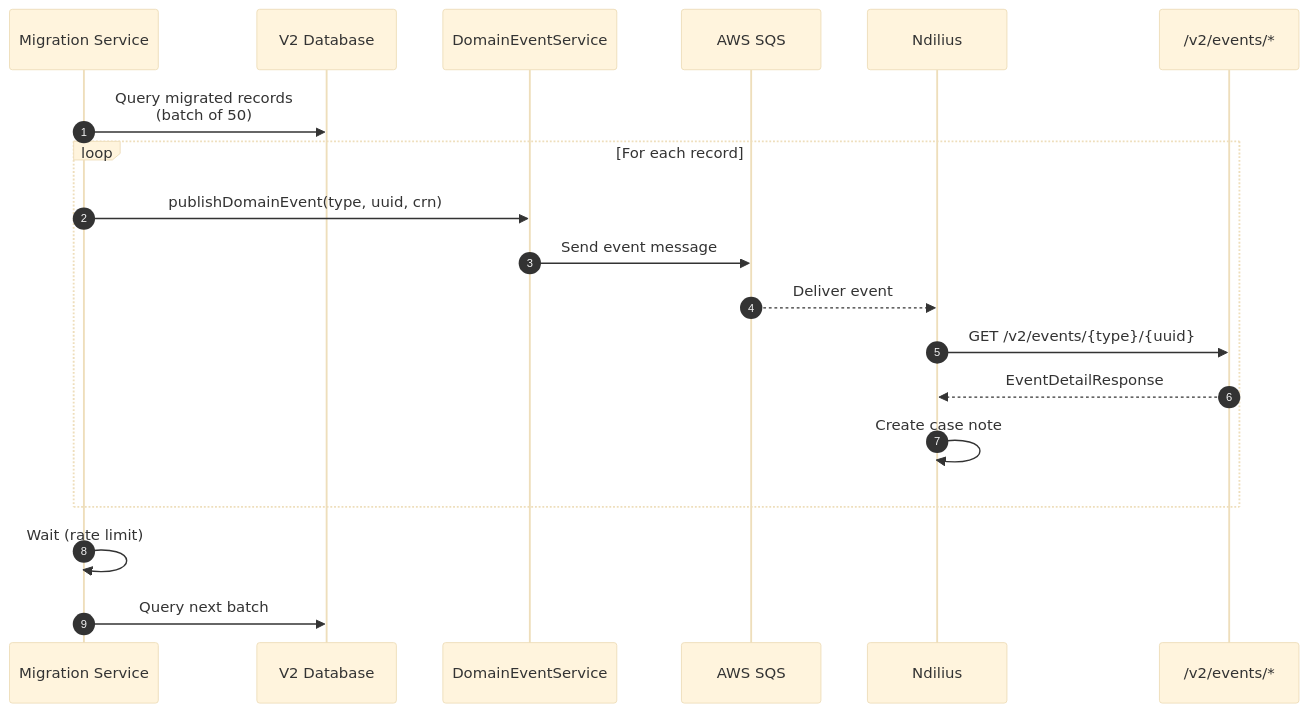
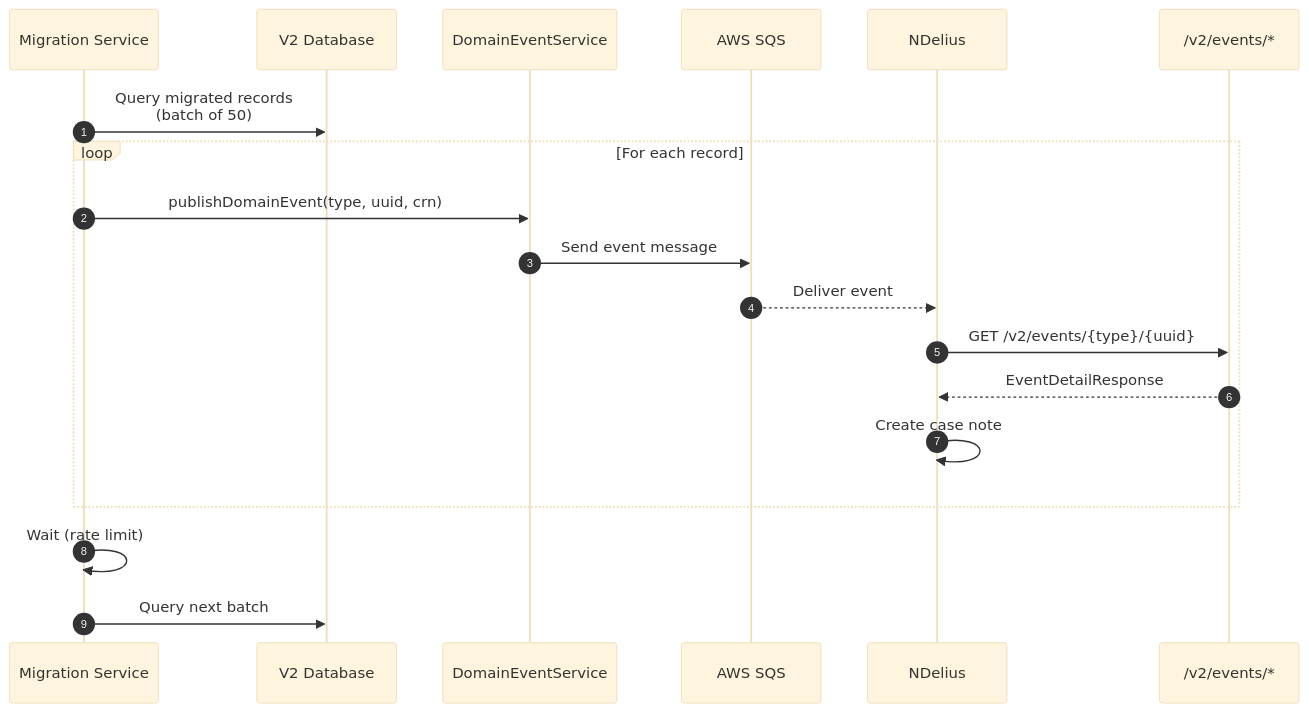
Before and after one commit to ministryofjustice/hmpps-esupervision-api: the second of 2 diagrams in docs/V1_TO_V2_MIGRATION.md, drawn with Mermaid (base theme). The commit also changed other lines of this file and 8 other files, not shown here.

Commit message:
Update ndilius to NDelius in docs

````diff
--- a/docs/V1_TO_V2_MIGRATION.md
+++ b/docs/V1_TO_V2_MIGRATION.md
@@ -248,24 +248,24 @@
 ```mermaid
 sequenceDiagram
     autonumber
     participant MigSvc as Migration Service
     participant DB as V2 Database
     participant DomainSvc as DomainEventService
     participant SQS as AWS SQS
-    participant Ndilius as Ndilius
+    participant NDelius as NDelius
     participant EventAPI as /v2/events/*
 
     MigSvc->>DB: Query migrated records<br/>(batch of 50)
 
     loop For each record
         MigSvc->>DomainSvc: publishDomainEvent(type, uuid, crn)
         DomainSvc->>SQS: Send event message
-        SQS-->>Ndilius: Deliver event
-        Ndilius->>EventAPI: GET /v2/events/{type}/{uuid}
-        EventAPI-->>Ndilius: EventDetailResponse
-        Ndilius->>Ndilius: Create case note
+        SQS-->>NDelius: Deliver event
+        NDelius->>EventAPI: GET /v2/events/{type}/{uuid}
+        EventAPI-->>NDelius: EventDetailResponse
+        NDelius->>NDelius: Create case note
     end
 
     MigSvc->>MigSvc: Wait (rate limit)
     MigSvc->>DB: Query next batch
 ```
````
